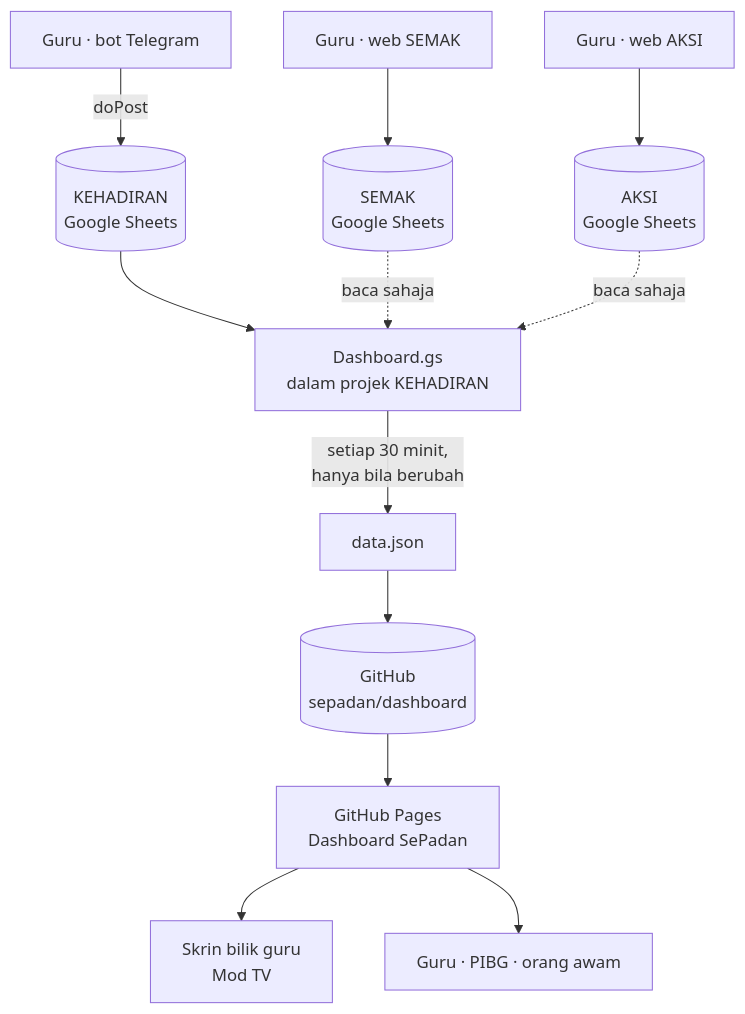
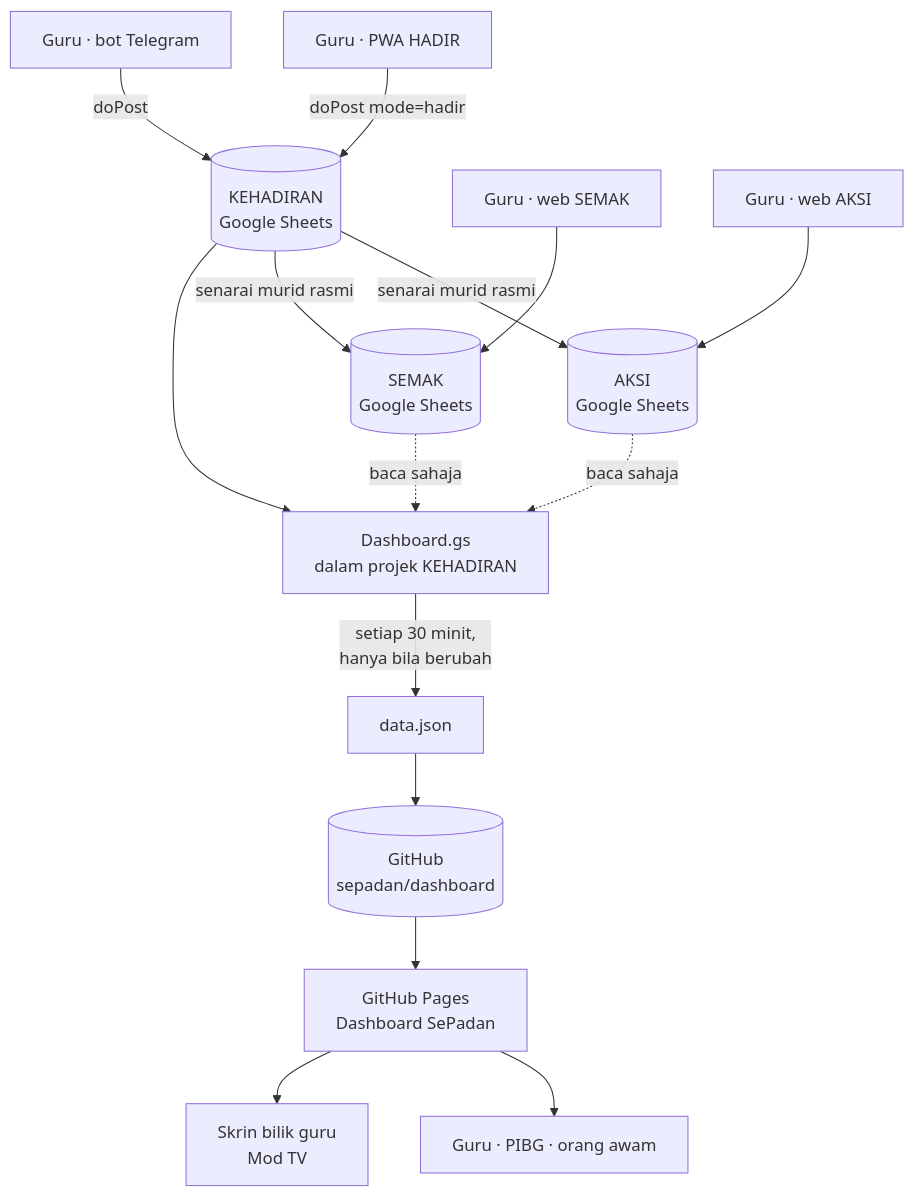
Before and after one commit to sepadan/dashboard: the diagram in BLUEPRINT.md, drawn with Mermaid. The commit also changed other lines of this file, not shown here.

Commit message:
Rekod reka bentuk HADIR v1.0.0

````diff
--- a/BLUEPRINT.md
+++ b/BLUEPRINT.md
@@ -15,16 +15,20 @@
 ```mermaid
 flowchart TD
   G[Guru · bot Telegram] -->|doPost| KH[(KEHADIRAN<br/>Google Sheets)]
+  GW[Guru · PWA HADIR] -->|doPost mode=hadir| KH
   GM[Guru · web SEMAK] --> SM[(SEMAK<br/>Google Sheets)]
   GK[Guru · web AKSI] --> AK[(AKSI<br/>Google Sheets)]
 
   KH --> DGS[Dashboard.gs<br/>dalam projek KEHADIRAN]
   SM -.baca sahaja.-> DGS
   AK -.baca sahaja.-> DGS
 
+  KH -->|senarai murid rasmi| SM
+  KH -->|senarai murid rasmi| AK
+
   DGS -->|setiap 30 minit,<br/>hanya bila berubah| DJ[data.json]
   DJ --> GH[(GitHub<br/>sepadan/dashboard)]
   GH --> PG[GitHub Pages<br/>Dashboard SePadan]
   PG --> TV[Skrin bilik guru<br/>Mod TV]
   PG --> PIBG[Guru · PIBG · orang awam]
 ```
````
